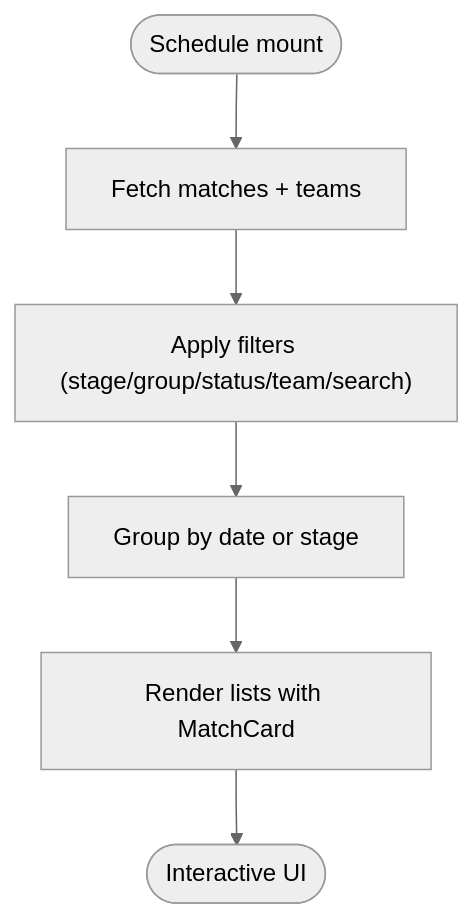
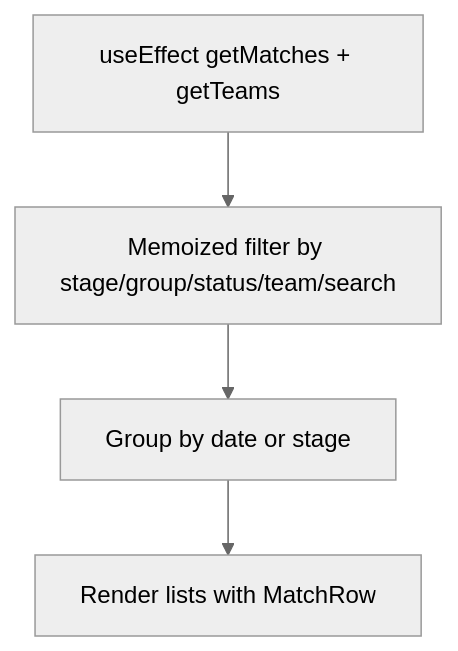
The seventh of 11 diagrams in .qoder/repowiki/en/content/Frontend Application/Frontend Application.md (cheesiong/WC26-qwen), drawn with Mermaid (neutral theme) before and after one commit. The commit also changed other lines of this file and 181 other files, not shown here.

````diff
--- a/.qoder/repowiki/en/content/Frontend Application/Frontend Application.md
+++ b/.qoder/repowiki/en/content/Frontend Application/Frontend Application.md
@@ -297,8 +281,6 @@
 ```mermaid
 flowchart TD
-Init(["Schedule mount"]) --> Fetch["Fetch matches + teams"]
-Fetch --> Filter["Apply filters (stage/group/status/team/search)"]
+Load["useEffect getMatches + getTeams"] --> Filter["Memoized filter by stage/group/status/team/search"]
 Filter --> GroupBy["Group by date or stage"]
-GroupBy --> Render["Render lists with MatchCard"]
-Render --> End(["Interactive UI"])
+GroupBy --> Render["Render lists with MatchRow"]
 ```
````
